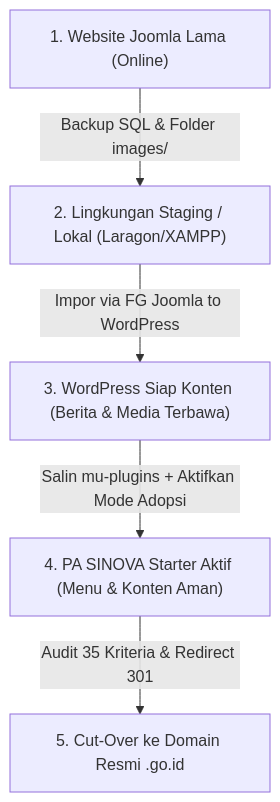
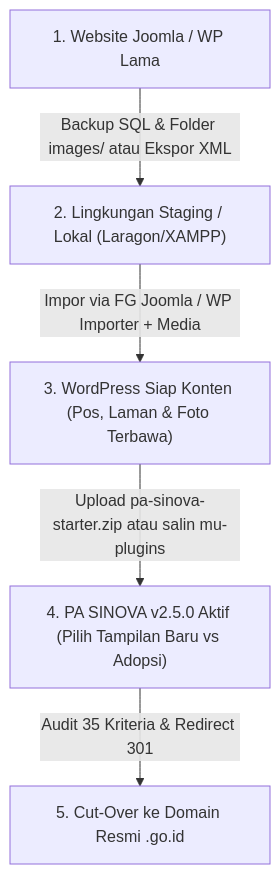
Before and after one commit to kang-devlp/pa-wordpress-sinova-starter: the diagram in docs/PANDUAN-MIGRASI-JOOMLA-KE-WORDPRESS.md, drawn with Mermaid. The commit also changed other lines of this file and 6 other files, not shown here.

Commit message:
docs: perbarui screenshot admin v2.5.0 dan panduan migrasi Joomla/WordPress

````diff
--- a/docs/PANDUAN-MIGRASI-JOOMLA-KE-WORDPRESS.md
+++ b/docs/PANDUAN-MIGRASI-JOOMLA-KE-WORDPRESS.md
@@ -33,7 +33,7 @@
 ```mermaid
 flowchart TD
-    A["1. Website Joomla Lama (Online)"] -->|Backup SQL & Folder images/| B["2. Lingkungan Staging / Lokal (Laragon/XAMPP)"]
-    B -->|Impor via FG Joomla to WordPress| C["3. WordPress Siap Konten (Berita & Media Terbawa)"]
-    C -->|Salin mu-plugins + Aktifkan Mode Adopsi| D["4. PA SINOVA Starter Aktif (Menu & Konten Aman)"]
+    A["1. Website Joomla / WP Lama"] -->|Backup SQL & Folder images/ atau Ekspor XML| B["2. Lingkungan Staging / Lokal (Laragon/XAMPP)"]
+    B -->|Impor via FG Joomla / WP Importer + Media| C["3. WordPress Siap Konten (Pos, Laman & Foto Terbawa)"]
+    C -->|Upload pa-sinova-starter.zip atau salin mu-plugins| D["4. PA SINOVA v2.5.0 Aktif (Pilih Tampilan Baru vs Adopsi)"]
     D -->|Audit 35 Kriteria & Redirect 301| E["5. Cut-Over ke Domain Resmi .go.id"]
 ```
````
